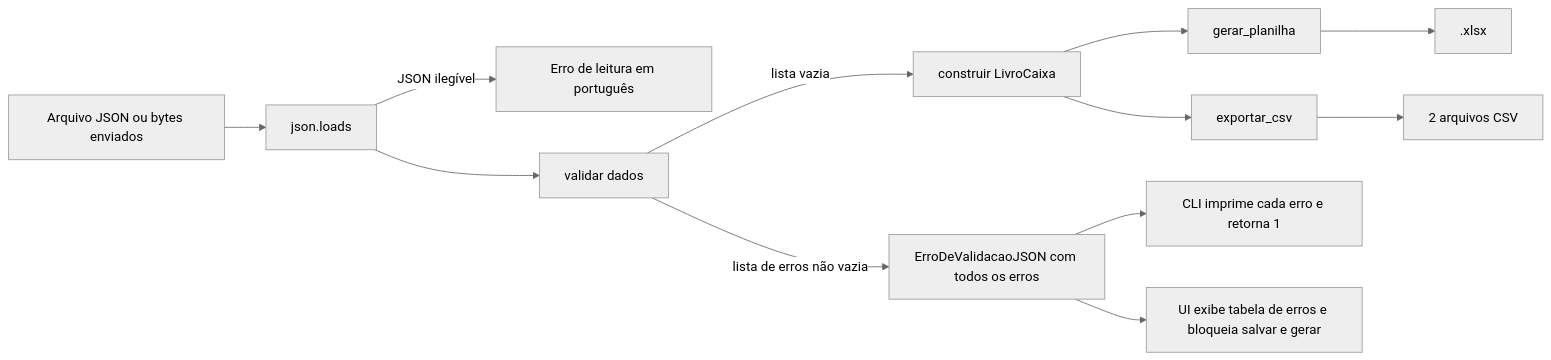
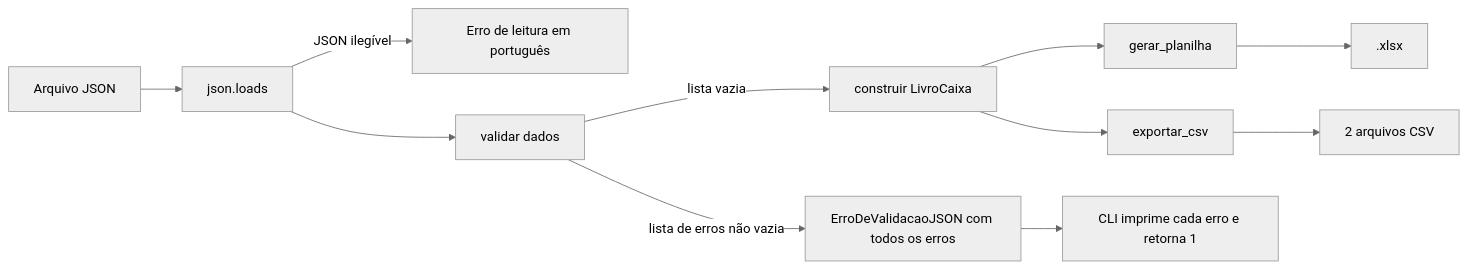
Before and after one commit to DanielRond/controleGastos: the second of 3 diagrams in .kiro/specs/controlegastos-agentes-ia/design.md, drawn with Mermaid (neutral theme). The commit also changed other lines of this file and 2 other files, not shown here.

````diff
--- a/.kiro/specs/controlegastos-agentes-ia/design.md
+++ b/.kiro/specs/controlegastos-agentes-ia/design.md
@@ -83,14 +67,13 @@
 ```mermaid
 flowchart LR
-    A[Arquivo JSON ou bytes enviados] --> B[json.loads]
+    A[Arquivo JSON] --> B[json.loads]
     B -->|JSON ilegível| E1[Erro de leitura em português]
     B --> C[validar dados]
     C -->|lista de erros não vazia| E2[ErroDeValidacaoJSON com todos os erros]
     C -->|lista vazia| D[construir LivroCaixa]
     D --> G[gerar_planilha]
     D --> H[exportar_csv]
     G --> X[.xlsx]
     H --> Y[2 arquivos CSV]
     E2 --> F[CLI imprime cada erro e retorna 1]
-    E2 --> I[UI exibe tabela de erros e bloqueia salvar e gerar]
 ```
````
